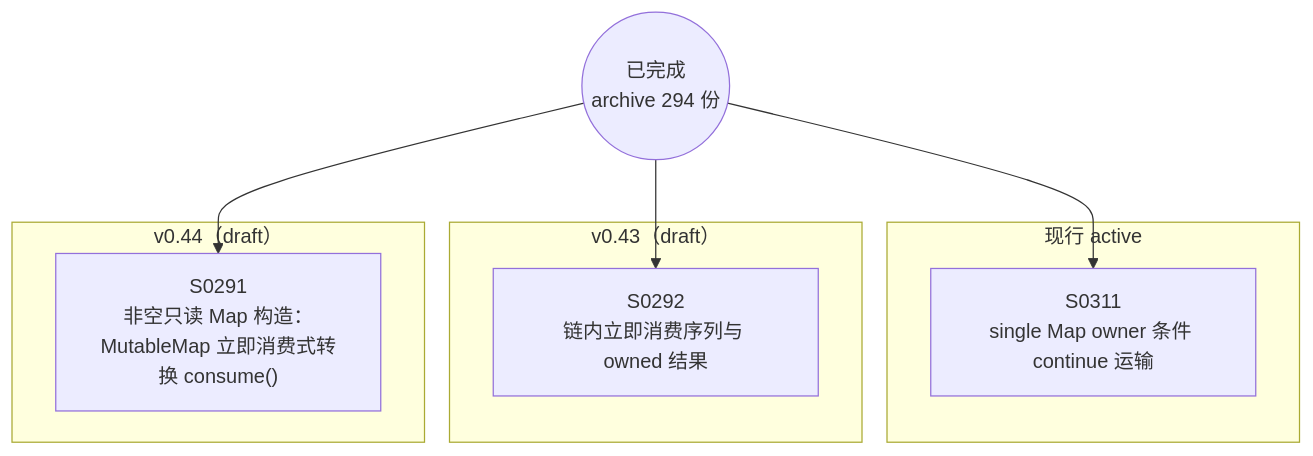
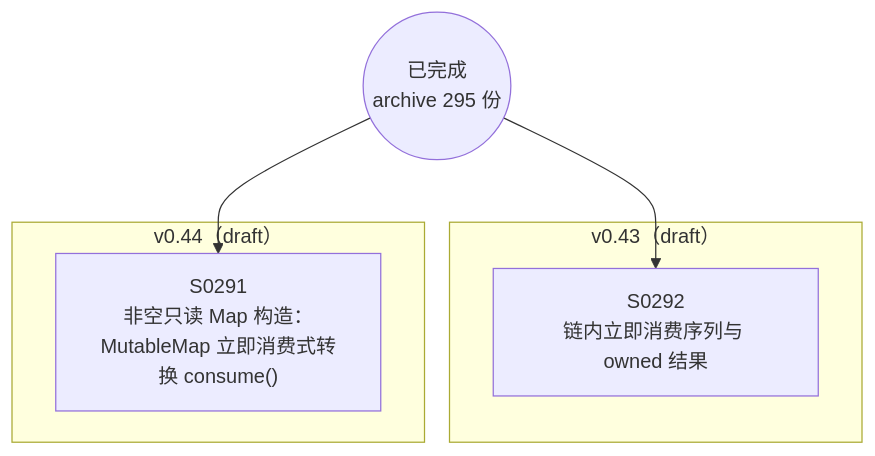
The diagram in docs/specs/dependency-graph.md (Halckon/Koven), drawn with Mermaid before and after one commit. The commit also changed other lines of this file and 9 other files, not shown here.

Commit message:
docs(spec): archive bounded Map conditional continue acceptance

````diff
--- a/docs/specs/dependency-graph.md
+++ b/docs/specs/dependency-graph.md
@@ -9,16 +9,12 @@
 ```mermaid
 flowchart TD
-ARCH(("已完成<br/>archive 294 份"))
-subgraph Gactive["现行 active"]
-  S0311["S0311<br/>single Map owner 条件 continue 运输"]
-end
+ARCH(("已完成<br/>archive 295 份"))
 subgraph Gdrafts_v043["v0.43（draft）"]
   S0292["S0292<br/>链内立即消费序列与 owned 结果"]
 end
 subgraph Gdrafts_v044["v0.44（draft）"]
   S0291["S0291<br/>非空只读 Map 构造：MutableMap 立即消费式转换 consume()"]
 end
 ARCH --> S0291
 ARCH --> S0292
-ARCH --> S0311
 ```
````
